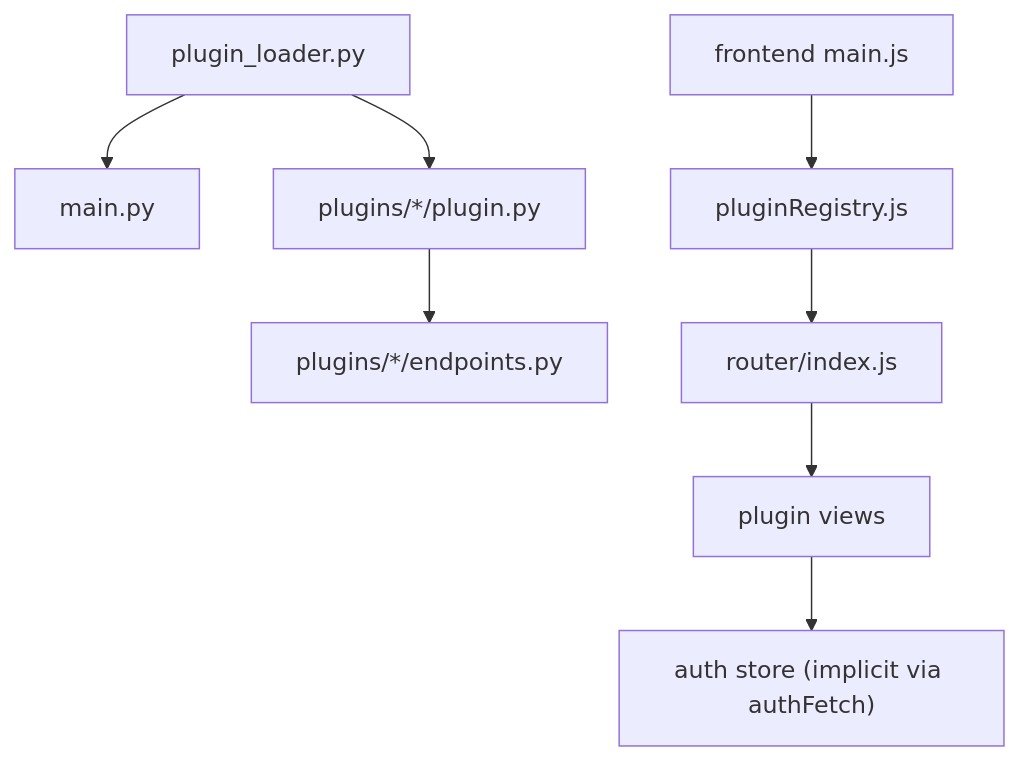
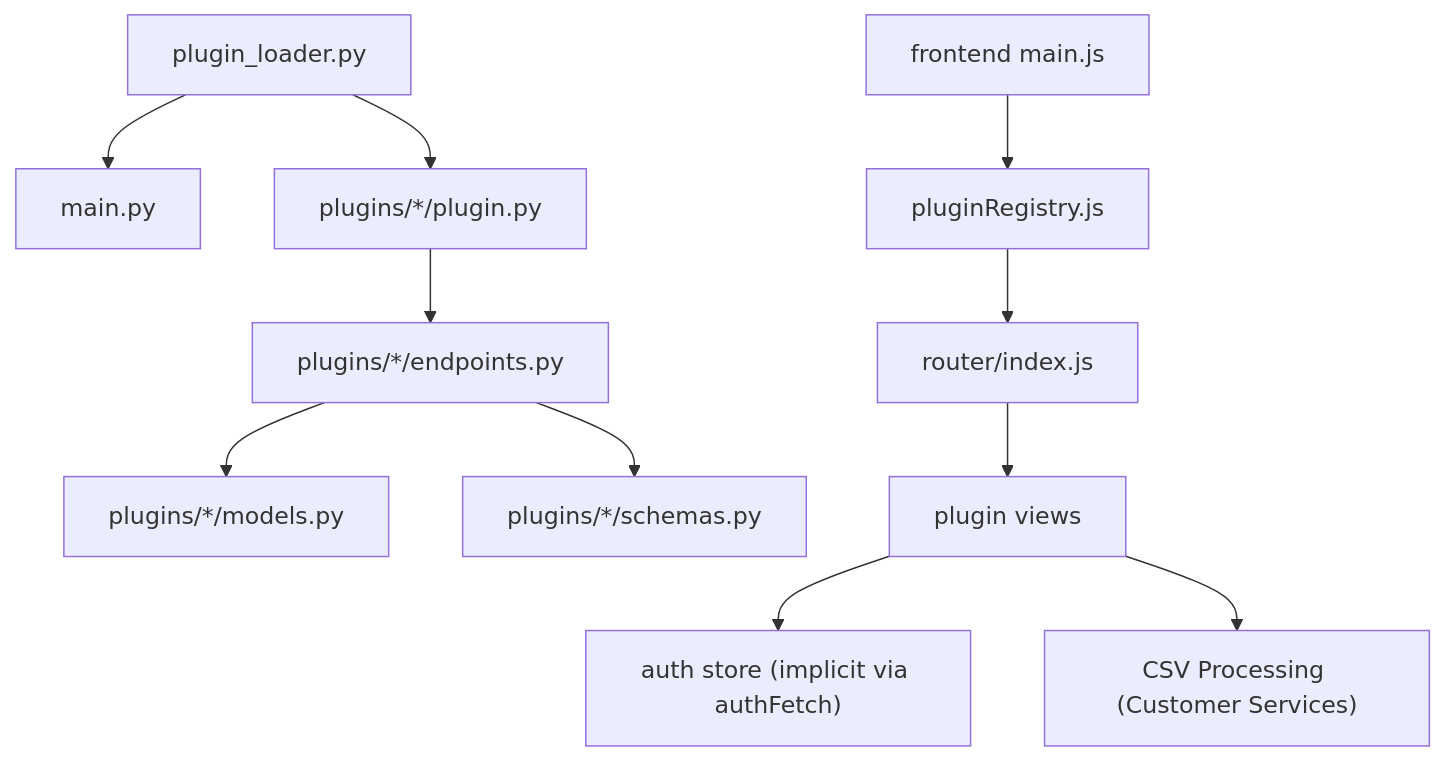
One commit to Nikita5543/New-SSO-02 changed diagram 15 of 15 in .qoder/repowiki/en/content/Plugin System Architecture/Plugin System Architecture.md. Above: the diagram before and after it, drawn with Mermaid. The commit also changed other lines of this file and 2 other files, not shown here.

Commit message:
commit-repo-wiki-plugins

````diff
--- a/.qoder/repowiki/en/content/Plugin System Architecture/Plugin System Architecture.md
+++ b/.qoder/repowiki/en/content/Plugin System Architecture/Plugin System Architecture.md
@@ -361,10 +526,13 @@
 ```mermaid
 graph TB
 Loader["plugin_loader.py"] --> App["main.py"]
 Loader --> PM["plugins/*/plugin.py"]
 PM --> PR["plugins/*/endpoints.py"]
+PR --> Models["plugins/*/models.py"]
+PR --> Schemas["plugins/*/schemas.py"]
 FE_Main["frontend main.js"] --> FE_Reg["pluginRegistry.js"]
 FE_Reg --> FE_Router["router/index.js"]
 FE_Router --> FE_Views["plugin views"]
 FE_Views --> Auth["auth store (implicit via authFetch)"]
+FE_Views --> CSV["CSV Processing (Customer Services)"]
 ```
````
